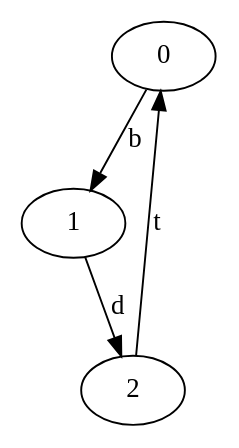
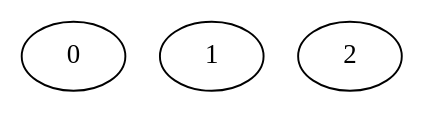
The diagram in test-output/round-table.gv (alirezahi/Finite-State-Machine), drawn with Graphviz before and after one commit. The commit also changed 3 other files, not shown here.

```diff
--- a/test-output/round-table.gv
+++ b/test-output/round-table.gv
@@ -1,9 +1,6 @@
 // The Round Table
 digraph {
 	0 [label=0]
-		0 -> 1 [label=b]
 	1 [label=1]
-		1 -> 2 [label=d]
 	2 [label=2]
-		2 -> 0 [label=t]
 }
```
